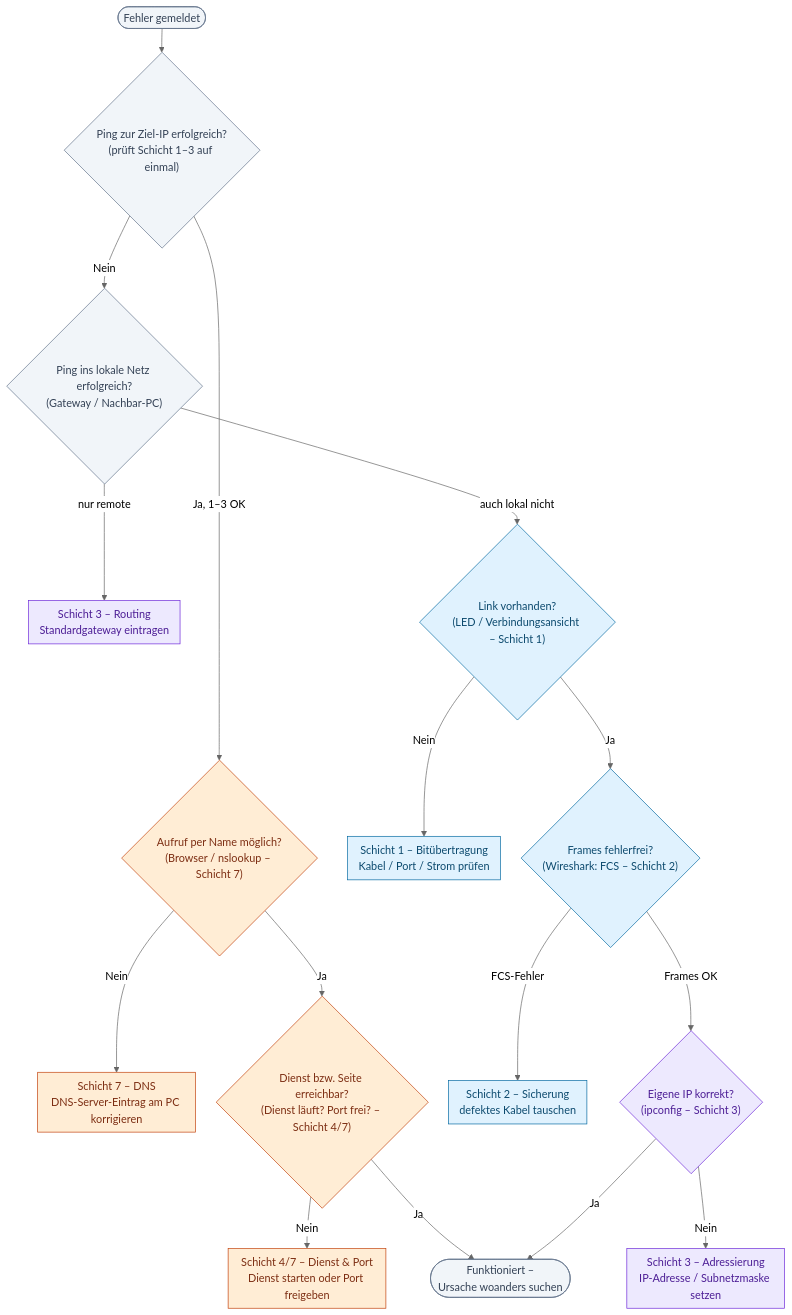
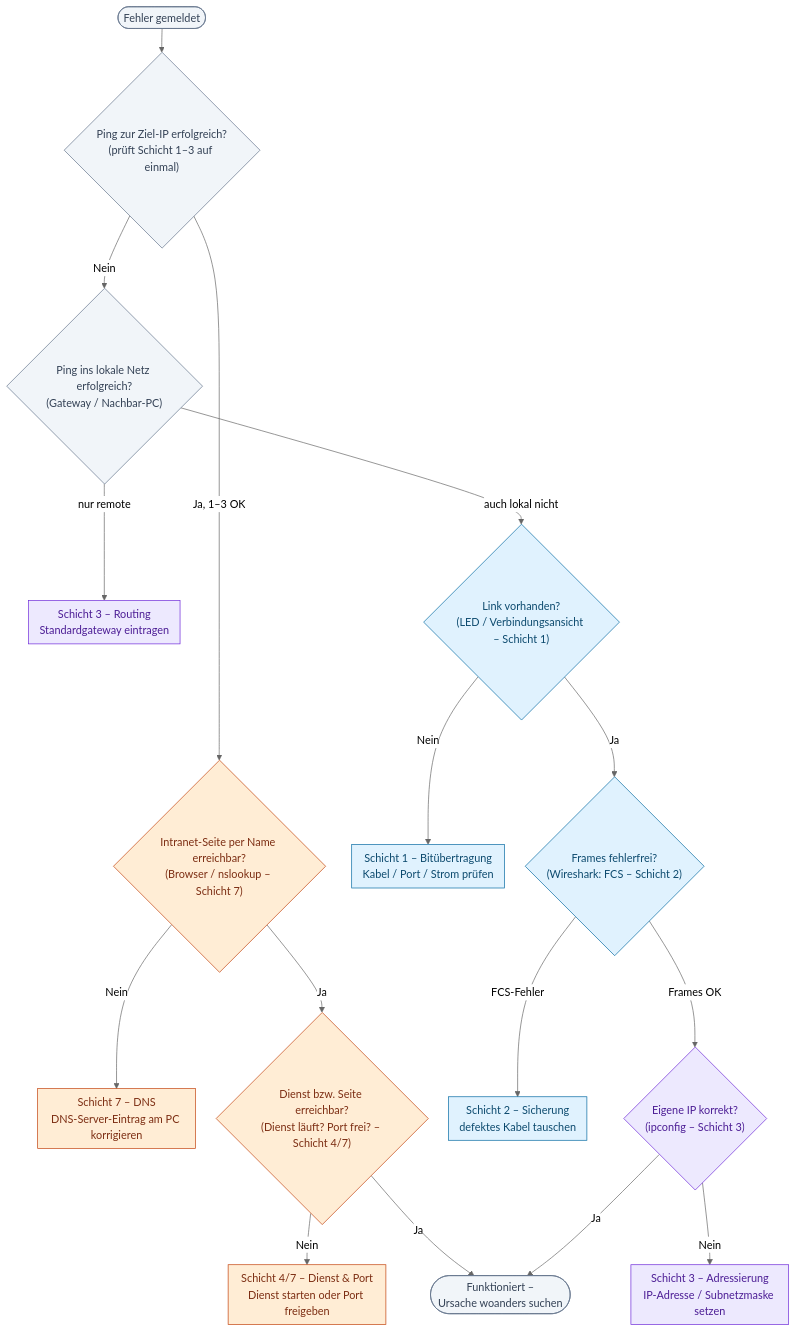
One commit to mamrehn/b3_support_ticket_system changed the second of 2 diagrams in info-sheet-troubleshooting.md. Above: the diagram before and after it, drawn with Mermaid (neutral theme). The commit also changed other lines of this file and 8 other files, not shown here.

````diff
--- a/info-sheet-troubleshooting.md
+++ b/info-sheet-troubleshooting.md
@@ -62,31 +66,31 @@
 ```mermaid
 %%{init: {"flowchart": {"nodeSpacing": 30, "rankSpacing": 35, "diagramPadding": 4, "padding": 8}} }%%
 flowchart TD
   A(["Fehler gemeldet"]) --> B{"Ping zur Ziel-IP erfolgreich?<br/>(prüft Schicht 1–3 auf einmal)"}
 
-  B -- "Ja, 1–3 OK" --> D{"Aufruf per Name möglich?<br/>(Browser / nslookup – Schicht 7)"}
+  B -- "Ja, 1–3 OK" --> D{"Intranet-Seite per Name erreichbar?<br/>(Browser / nslookup – Schicht 7)"}
   B -- "Nein" --> F{"Ping ins lokale Netz erfolgreich?<br/>(Gateway / Nachbar-PC)"}
 
   D -- "Nein" --> L7a["Schicht 7 – DNS<br/>DNS-Server-Eintrag am PC korrigieren"]
   D -- "Ja" --> E{"Dienst bzw. Seite erreichbar?<br/>(Dienst läuft? Port frei? – Schicht 4/7)"}
   E -- "Nein" --> L74["Schicht 4/7 – Dienst & Port<br/>Dienst starten oder Port freigeben"]
   E -- "Ja" --> OK(["Funktioniert –<br/>Ursache woanders suchen"])
 
   F -- "nur remote" --> L3b["Schicht 3 – Routing<br/>Standardgateway eintragen"]
   F -- "auch lokal nicht" --> G{"Link vorhanden?<br/>(LED / Verbindungsansicht – Schicht 1)"}
   G -- "Nein" --> L1["Schicht 1 – Bitübertragung<br/>Kabel / Port / Strom prüfen"]
   G -- "Ja" --> H{"Frames fehlerfrei?<br/>(Wireshark: FCS – Schicht 2)"}
   H -- "FCS-Fehler" --> L2["Schicht 2 – Sicherung<br/>defektes Kabel tauschen"]
   H -- "Frames OK" --> I{"Eigene IP korrekt?<br/>(ipconfig – Schicht 3)"}
   I -- "Nein" --> L3a["Schicht 3 – Adressierung<br/>IP-Adresse / Subnetzmaske setzen"]
   I -- "Ja" --> OK
 
   classDef neu fill:#f1f5f9,stroke:#64748b,color:#334155;
   classDef low fill:#e0f2fe,stroke:#0369a1,color:#0c4a6e;
   classDef mid fill:#ede9fe,stroke:#6d28d9,color:#4c1d95;
   classDef app fill:#ffedd5,stroke:#c2410c,color:#7c2d12;
   class A,B,F,OK neu
   class G,H,L1,L2 low
   class I,L3a,L3b mid
   class D,E,L7a,L74 app
 ```
````
